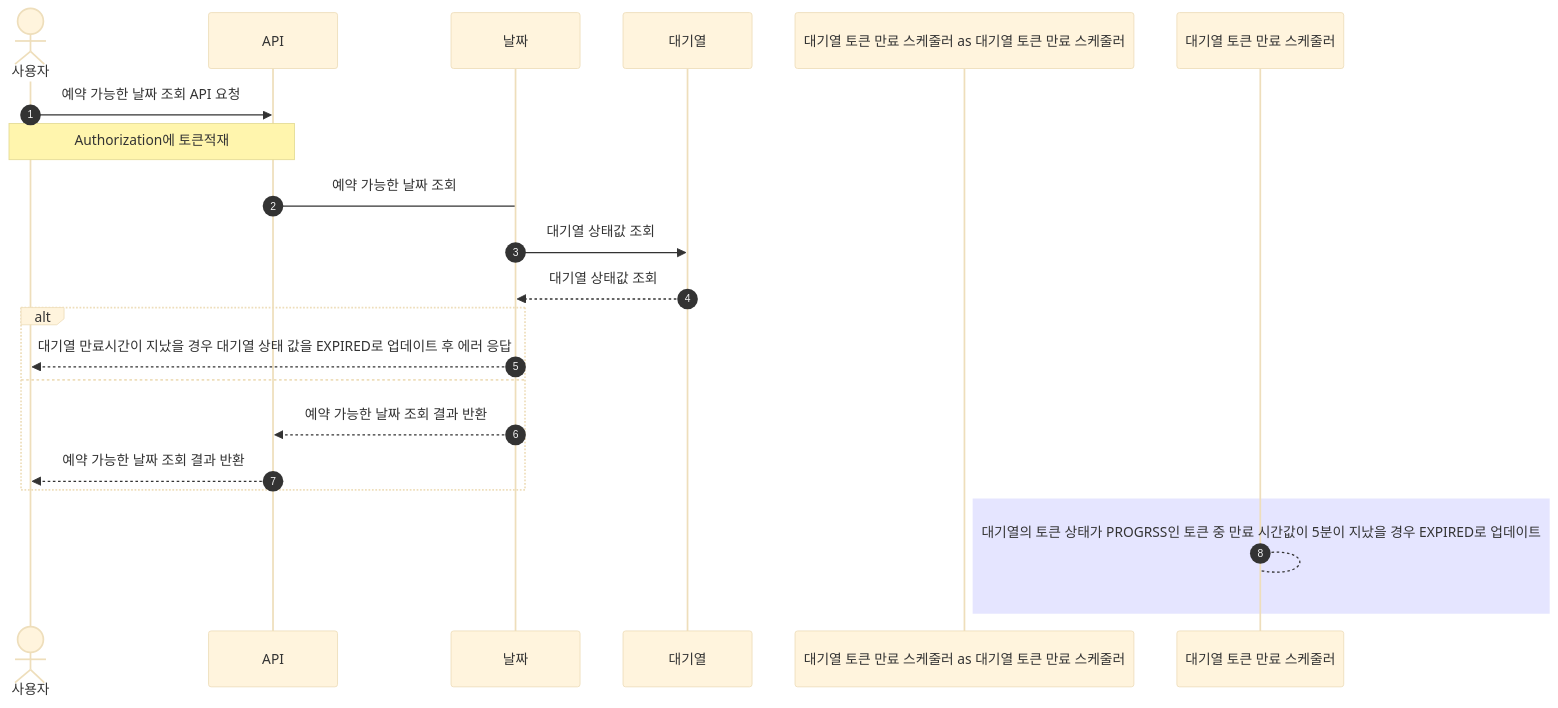
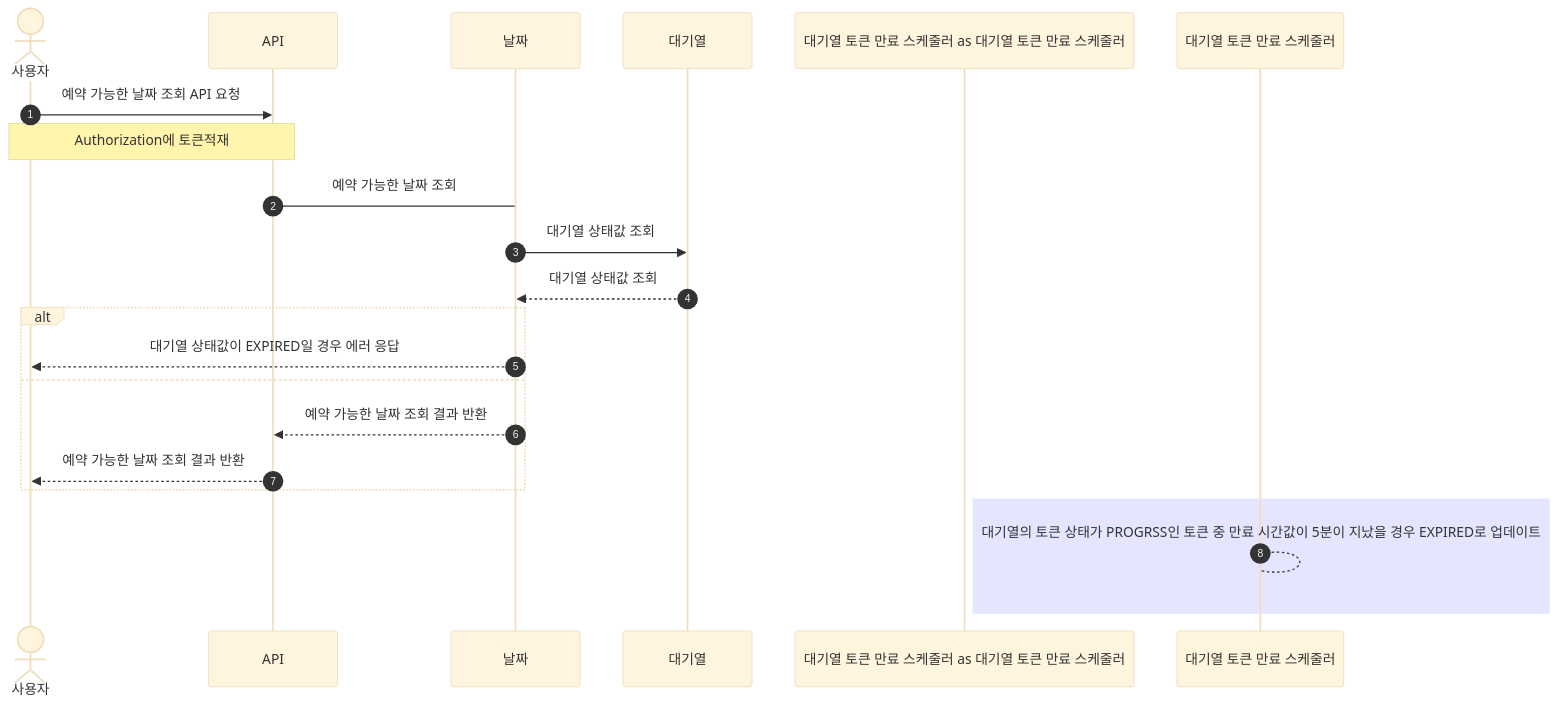
One commit to jikimee64/hhplus-concert changed the second of 7 diagrams in docs/sequence.md. Above: the diagram before and after it, drawn with Mermaid (base theme). The commit also changed other lines of this file and 7 other files, not shown here.

Commit message:
feat: 대기열 상태값이 EXPIRED인지 검사하는 로직 구현

````diff
--- a/docs/sequence.md
+++ b/docs/sequence.md
@@ -36,24 +36,24 @@
 ```mermaid
 sequenceDiagram
     autonumber
     actor 사용자 as 사용자
     participant API as API
     participant 날짜 as 날짜
     participant 대기열 as 대기열
     participant 대기열 토큰 만료 스케줄러 as 대기열 토큰 만료 스케줄러
     사용자 ->> API: 예약 가능한 날짜 조회 API 요청
     Note over 사용자, API: Authorization에 토큰적재
     API -> 날짜: 예약 가능한 날짜 조회
     날짜 ->> 대기열: 대기열 상태값 조회
     대기열 -->> 날짜: 대기열 상태값 조회
     alt
-        날짜 -->> 사용자: 대기열 만료시간이 지났을 경우 대기열 상태 값을 EXPIRED로 업데이트 후 에러 응답
+        날짜 -->> 사용자: 대기열 상태값이 EXPIRED일 경우 에러 응답
     else
         날짜 -->> API: 예약 가능한 날짜 조회 결과 반환
         API -->> 사용자: 예약 가능한 날짜 조회 결과 반환
     end
 
     rect rgba(0, 0, 255, .1)
         대기열 토큰 만료 스케줄러 --> 대기열 토큰 만료 스케줄러: 대기열의 토큰 상태가 PROGRSS인 토큰 중 만료 시간값이 5분이 지났을 경우 EXPIRED로 업데이트
     end
 ```
````
